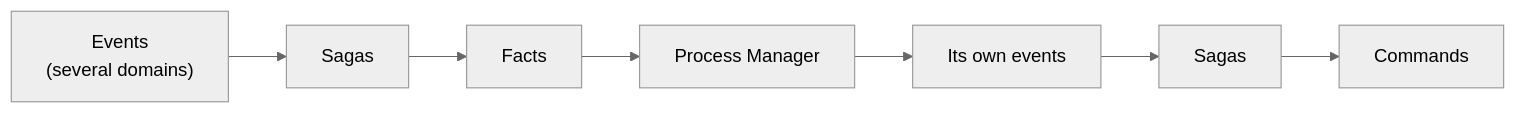
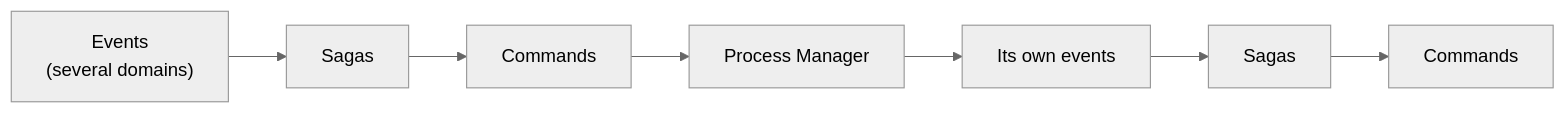
One commit to angzarr-io/angzarr-project changed the fifth of 5 diagrams in site/src/content/docs/patterns-explained.mdx. Above: the diagram before and after it, drawn with Mermaid (neutral theme). The commit also changed other lines of this file and 5 other files, not shown here.

First line of the commit message:
site: a process manager is a domain; saga refusals (14.31)

````diff
--- a/site/src/content/docs/patterns-explained.mdx
+++ b/site/src/content/docs/patterns-explained.mdx
@@ -241,5 +241,5 @@
 ```mermaid
 flowchart LR
-    E["Events<br/>(several domains)"] --> SI[Sagas] --> F["Facts"] --> PM[Process Manager]
+    E["Events<br/>(several domains)"] --> SI[Sagas] --> K["Commands"] --> PM[Process Manager]
     PM --> P["Its own events"] --> SO[Sagas] --> C[Commands]
 ```
````
